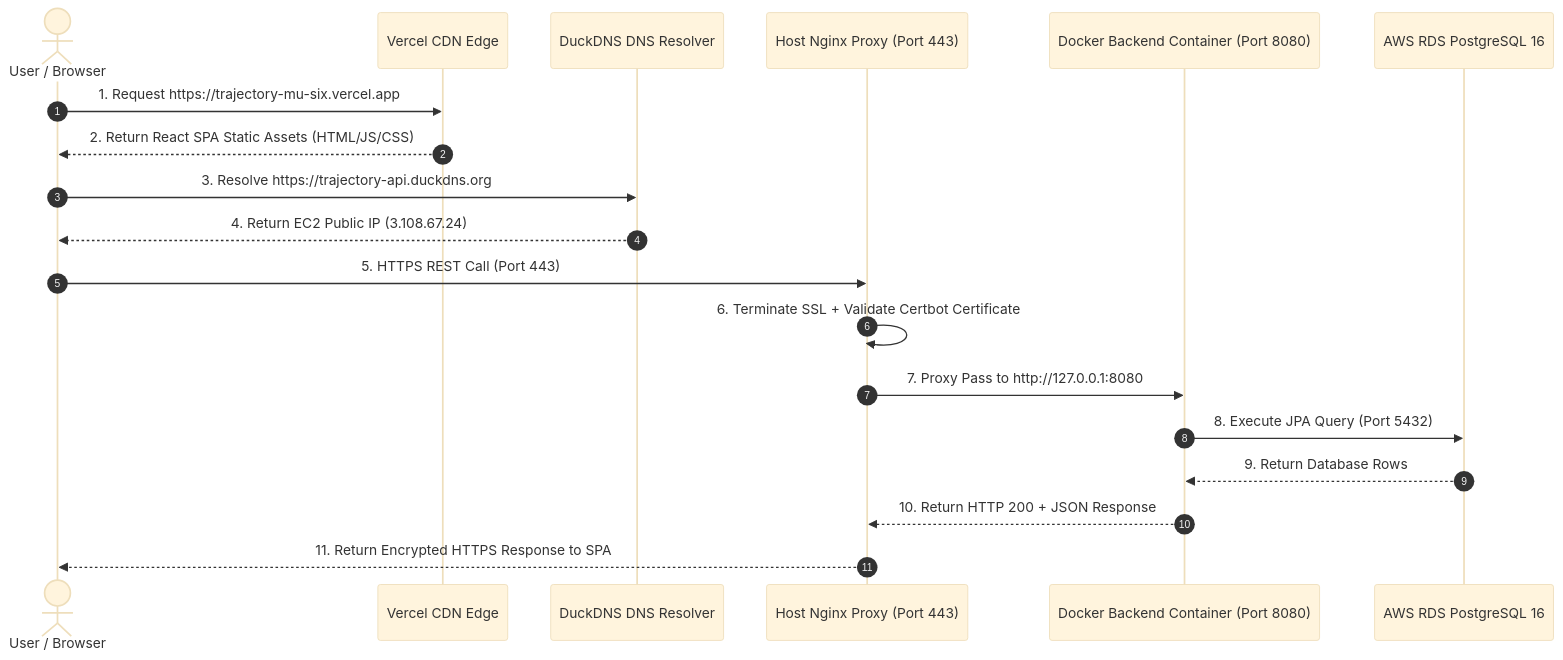
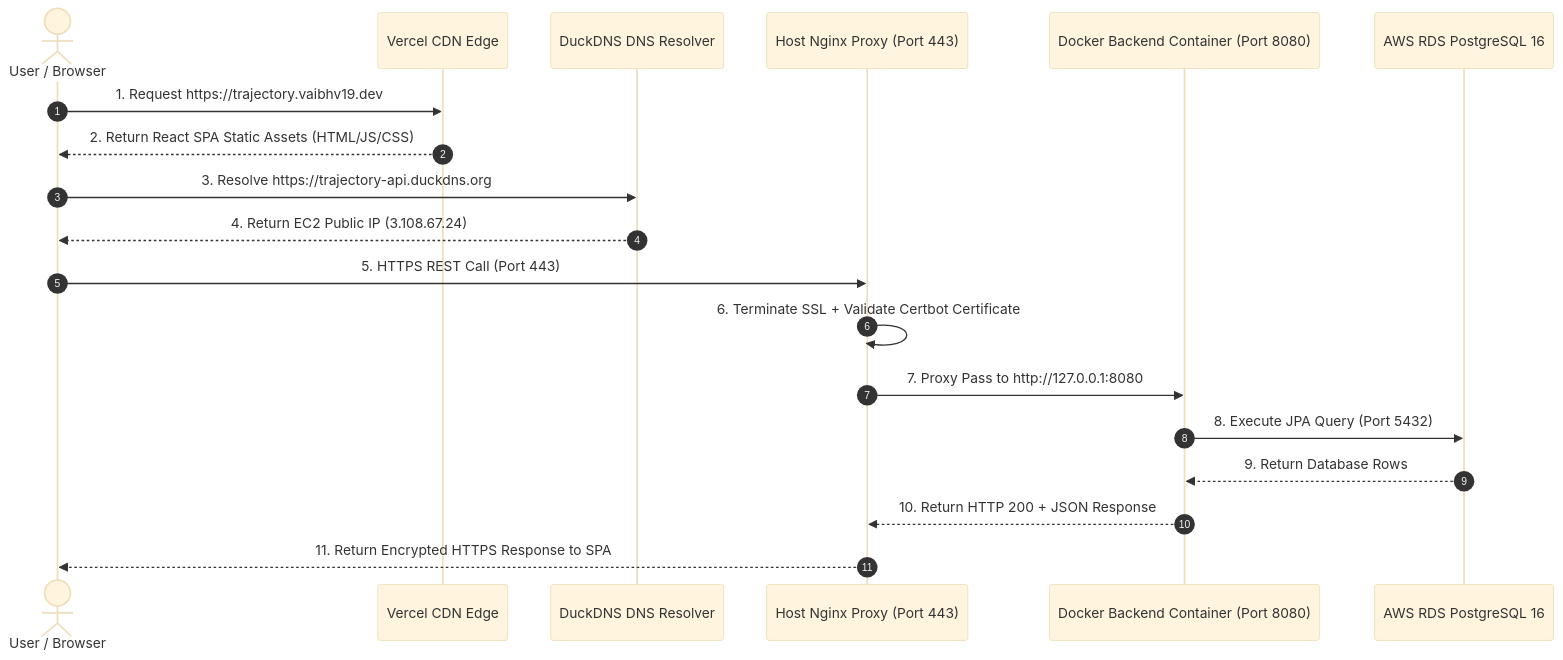
One commit to vaibhv19/Trajectory changed the first of 2 diagrams in Docs/Learning/06_Production_Deployment_Infrastructure.md. Above: the diagram before and after it, drawn with Mermaid (base theme). The commit also changed other lines of this file and 14 other files, not shown here.

Commit message:
docs: update deployed frontend URL to trajectory.vaibhv19.dev across codebase

````diff
--- a/Docs/Learning/06_Production_Deployment_Infrastructure.md
+++ b/Docs/Learning/06_Production_Deployment_Infrastructure.md
@@ -36,22 +36,22 @@
 ```mermaid
 sequenceDiagram
     autonumber
     actor User as User / Browser
     participant Vercel as Vercel CDN Edge
     participant DuckDNS as DuckDNS DNS Resolver
     participant Nginx as Host Nginx Proxy (Port 443)
     participant Container as Docker Backend Container (Port 8080)
     participant RDS as AWS RDS PostgreSQL 16
 
-    User->>Vercel: 1. Request https://trajectory-mu-six.vercel.app
+    User->>Vercel: 1. Request https://trajectory.vaibhv19.dev
     Vercel-->>User: 2. Return React SPA Static Assets (HTML/JS/CSS)
     User->>DuckDNS: 3. Resolve https://trajectory-api.duckdns.org
     DuckDNS-->>User: 4. Return EC2 Public IP (3.108.67.24)
     User->>Nginx: 5. HTTPS REST Call (Port 443)
     Nginx->>Nginx: 6. Terminate SSL + Validate Certbot Certificate
     Nginx->>Container: 7. Proxy Pass to http://127.0.0.1:8080
     Container->>RDS: 8. Execute JPA Query (Port 5432)
     RDS-->>Container: 9. Return Database Rows
     Container-->>Nginx: 10. Return HTTP 200 + JSON Response
     Nginx-->>User: 11. Return Encrypted HTTPS Response to SPA
 ```
````
